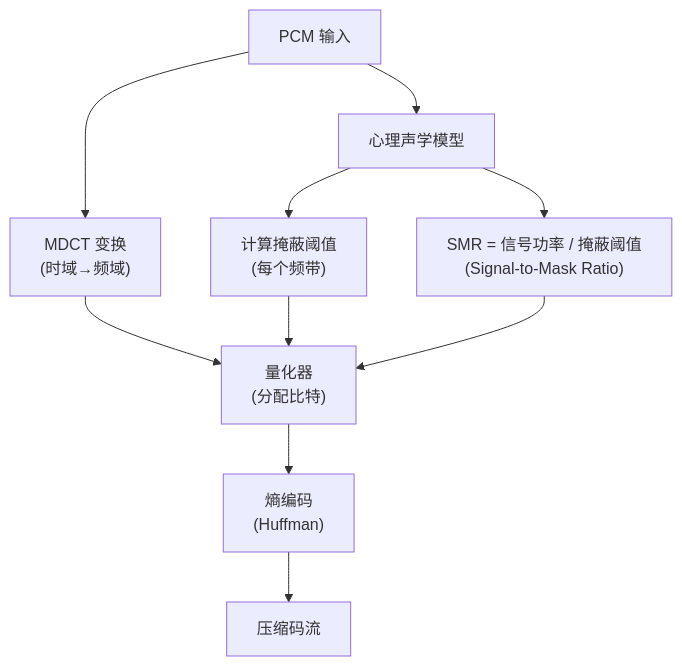
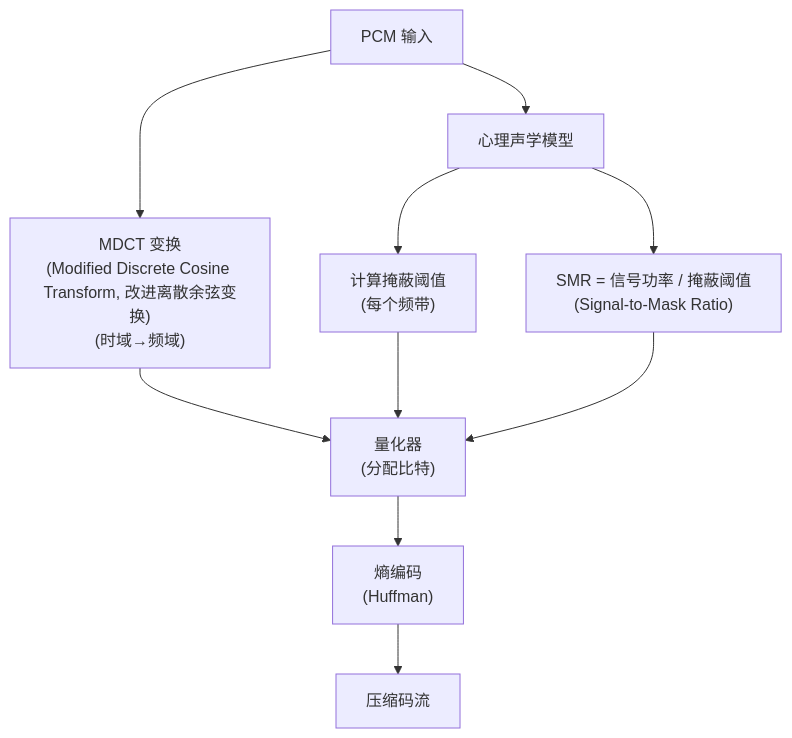
The diagram in 01-Acoustics-Digital-Audio/02-Psychoacoustics.md (Sunliming001/awesome-audio-knowledge), drawn with Mermaid before and after one commit. The commit also changed other lines of this file and 16 other files, not shown here.

````diff
--- a/01-Acoustics-Digital-Audio/02-Psychoacoustics.md
+++ b/01-Acoustics-Digital-Audio/02-Psychoacoustics.md
@@ -230,15 +230,15 @@
 ```mermaid
 graph TD
-    PCM["PCM 输入"] --> MDCT["MDCT 变换<br/>(时域→频域)"]
+    PCM["PCM 输入"] --> MDCT["MDCT 变换<br/>(Modified Discrete Cosine Transform, 改进离散余弦变换)<br/>(时域→频域)"]
     PCM --> PSY["心理声学模型"]
     
     PSY --> MASK["计算掩蔽阈值<br/>(每个频带)"]
     MASK --> QUANT["量化器<br/>(分配比特)"]
     
     MDCT --> QUANT
     QUANT --> ENTROPY["熵编码<br/>(Huffman)"]
     ENTROPY --> BITSTREAM["压缩码流"]
     
     PSY --> SMR["SMR = 信号功率 / 掩蔽阈值<br/>(Signal-to-Mask Ratio)"]
     SMR --> QUANT
 ```
````
